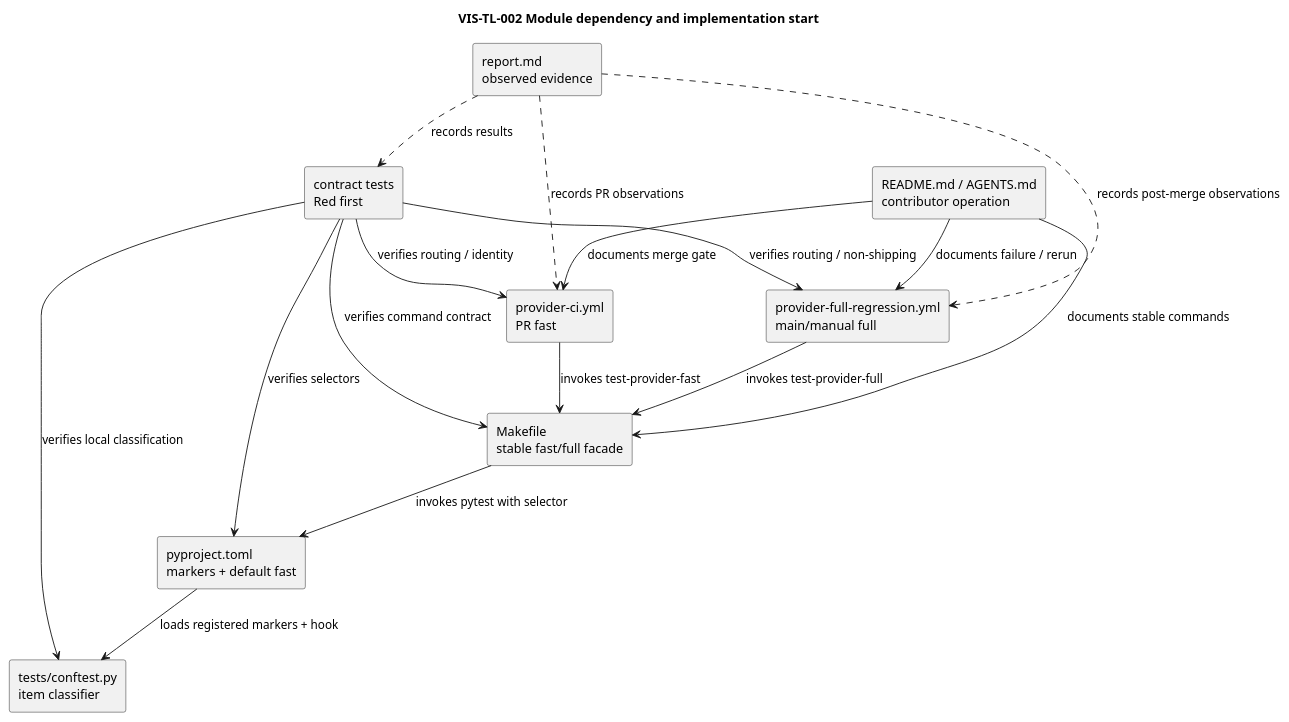
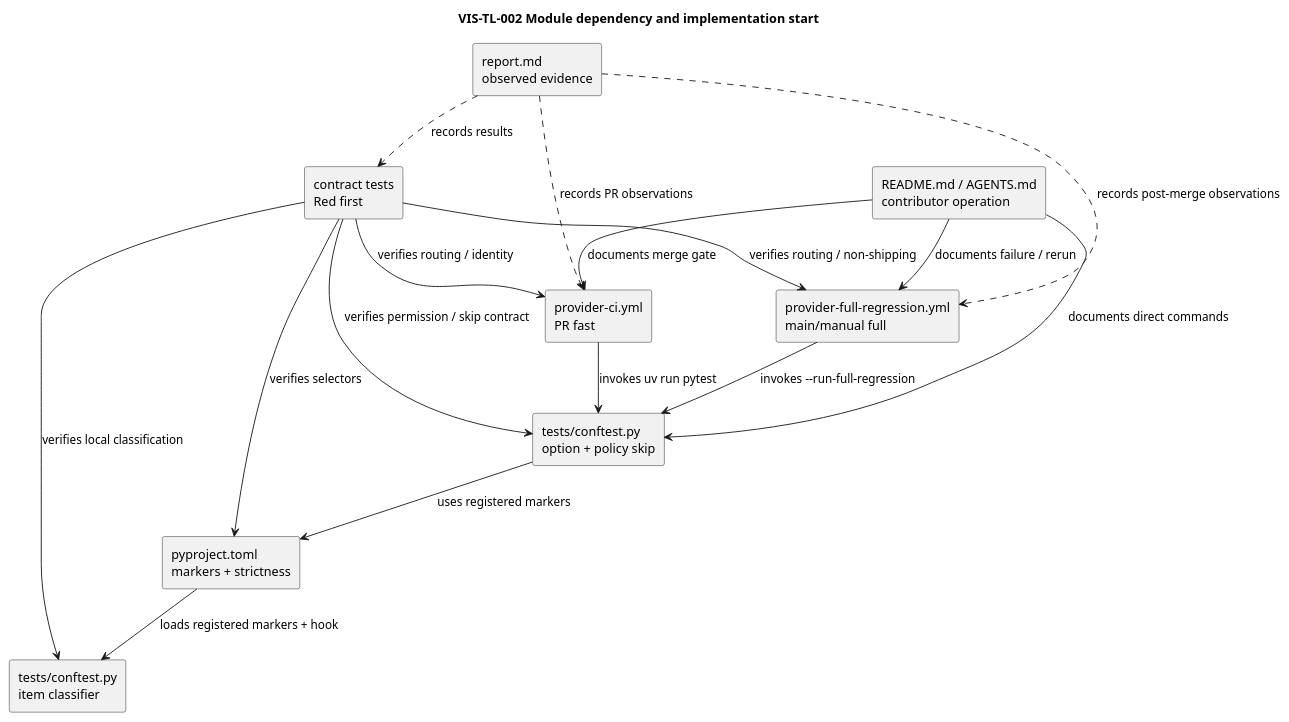
One commit to chemitaro/spec-dock changed the second of 2 diagrams in spec-dock/initiatives/init-00079-minor-bugfix-maintenance/epics/epic-00080-minor-bug-fixes/issues/iss-00342-reduce-unit-test-and-provider-ci-runtime/design.md. Above: the diagram before and after it, drawn with PlantUML. The commit also changed other lines of this file and 8 other files, not shown here.

````diff
--- a/spec-dock/initiatives/init-00079-minor-bugfix-maintenance/epics/epic-00080-minor-bug-fixes/issues/iss-00342-reduce-unit-test-and-provider-ci-runtime/design.md
+++ b/spec-dock/initiatives/init-00079-minor-bugfix-maintenance/epics/epic-00080-minor-bug-fixes/issues/iss-00342-reduce-unit-test-and-provider-ci-runtime/design.md
@@ -281,31 +285,31 @@
 ```plantuml
 @startuml
 title VIS-TL-002 Module dependency and implementation start
 top to bottom direction
 
 rectangle "contract tests\nRed first" as TESTS
 rectangle "tests/conftest.py\nitem classifier" as CLASSIFIER
-rectangle "pyproject.toml\nmarkers + default fast" as PYPROJECT
-rectangle "Makefile\nstable fast/full facade" as MAKE
+rectangle "pyproject.toml\nmarkers + strictness" as PYPROJECT
+rectangle "tests/conftest.py\noption + policy skip" as POLICY
 rectangle "provider-ci.yml\nPR fast" as PRWF
 rectangle "provider-full-regression.yml\nmain/manual full" as FULLWF
 rectangle "README.md / AGENTS.md\ncontributor operation" as DOCS
 rectangle "report.md\nobserved evidence" as REPORT
 
 TESTS --> CLASSIFIER : verifies local classification
 TESTS --> PYPROJECT : verifies selectors
-TESTS --> MAKE : verifies command contract
+TESTS --> POLICY : verifies permission / skip contract
 TESTS --> PRWF : verifies routing / identity
 TESTS --> FULLWF : verifies routing / non-shipping
-PRWF --> MAKE : invokes test-provider-fast
-FULLWF --> MAKE : invokes test-provider-full
-MAKE --> PYPROJECT : invokes pytest with selector
+PRWF --> POLICY : invokes uv run pytest
+FULLWF --> POLICY : invokes --run-full-regression
+POLICY --> PYPROJECT : uses registered markers
 PYPROJECT --> CLASSIFIER : loads registered markers + hook
-DOCS --> MAKE : documents stable commands
+DOCS --> POLICY : documents direct commands
 DOCS --> PRWF : documents merge gate
 DOCS --> FULLWF : documents failure / rerun
 REPORT ..> TESTS : records results
 REPORT ..> PRWF : records PR observations
 REPORT ..> FULLWF : records post-merge observations
 @enduml
 ```
````
